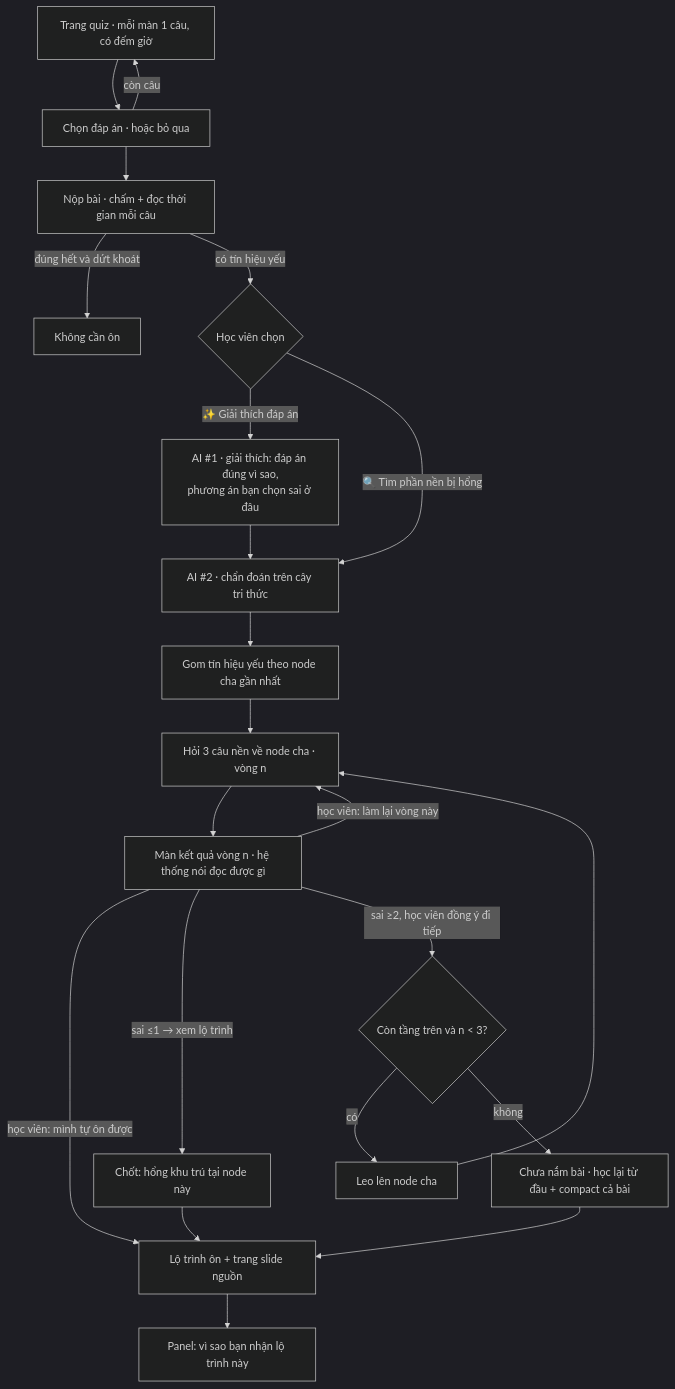
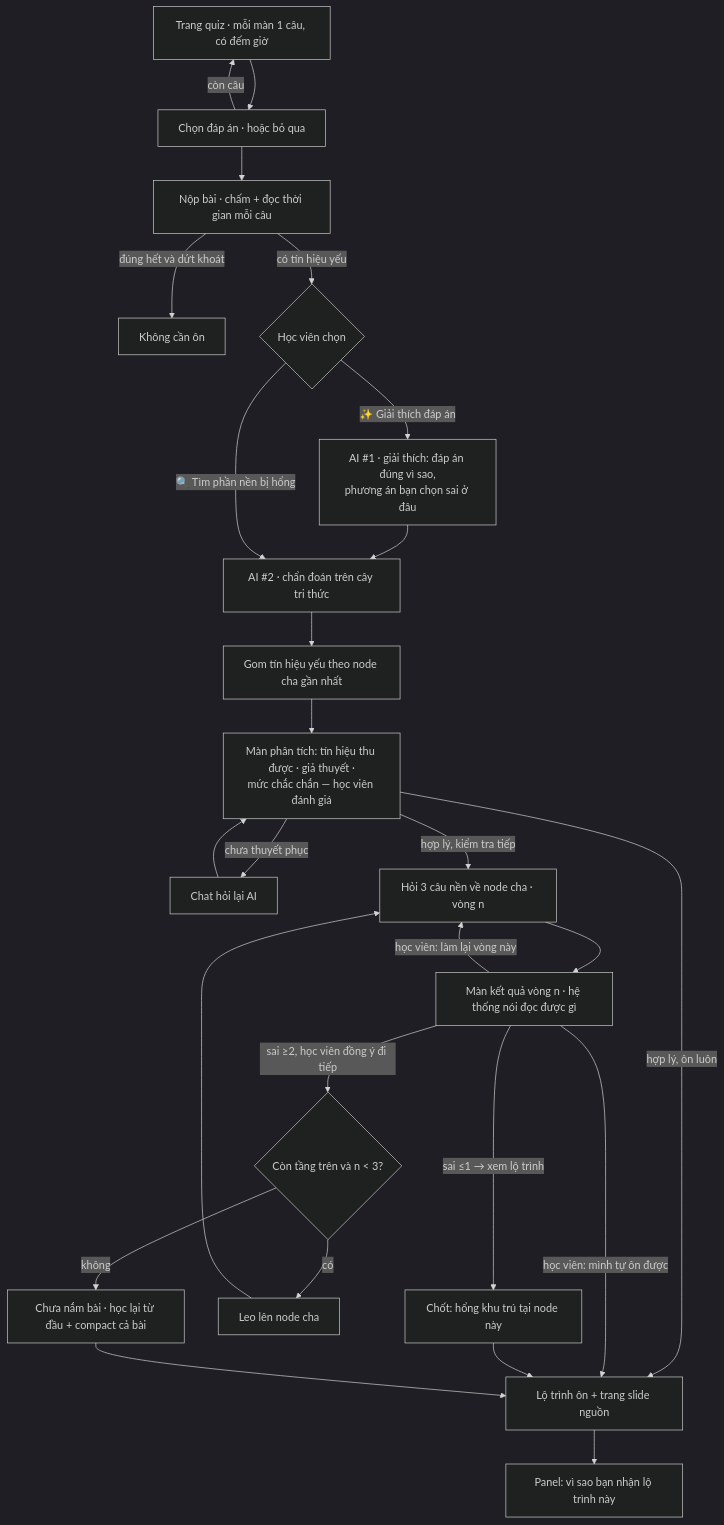
One commit to Le-Anh-Duy/K4-3B-E402-ColdBrew changed the first of 2 diagrams in mockup/flow.md. Above: the diagram before and after it, drawn with Mermaid (dark theme). The commit also changed other lines of this file and 2 other files, not shown here.

First line of the commit message:
Thêm màn AI trình bày giả thuyết + chat hỏi lại trước khi chẩn đoán

````diff
--- a/mockup/flow.md
+++ b/mockup/flow.md
@@ -7,23 +7,26 @@
 ```mermaid
 flowchart TD
   A[Trang quiz · mỗi màn 1 câu, có đếm giờ] --> B[Chọn đáp án · hoặc bỏ qua]
   B -->|còn câu| A
   B --> C[Nộp bài · chấm + đọc thời gian mỗi câu]
   C -->|đúng hết và dứt khoát| Z[Không cần ôn]
   C -->|có tín hiệu yếu| X{Học viên chọn}
   X -->|✨ Giải thích đáp án| Y["AI #1 · giải thích: đáp án đúng vì sao,<br/>phương án bạn chọn sai ở đâu"]
   Y --> D
   X -->|🔍 Tìm phần nền bị hổng| D["AI #2 · chẩn đoán trên cây tri thức"]
   D --> E[Gom tín hiệu yếu theo node cha gần nhất]
-  E --> F[Hỏi 3 câu nền về node cha · vòng n]
+  E --> P["Màn phân tích: tín hiệu thu được · giả thuyết ·<br/>mức chắc chắn — học viên đánh giá"]
+  P -->|chưa thuyết phục| CH[Chat hỏi lại AI] --> P
+  P -->|hợp lý, ôn luôn| K
+  P -->|hợp lý, kiểm tra tiếp| F[Hỏi 3 câu nền về node cha · vòng n]
   F --> R[Màn kết quả vòng n · hệ thống nói đọc được gì]
   R -->|học viên: làm lại vòng này| F
   R -->|học viên: mình tự ôn được| K
   R -->|sai ≤1 → xem lộ trình| G[Chốt: hổng khu trú tại node này]
   R -->|sai ≥2, học viên đồng ý đi tiếp| H{Còn tầng trên và n < 3?}
   H -->|có| I[Leo lên node cha] --> F
   H -->|không| J[Chưa nắm bài · học lại từ đầu + compact cả bài]
   G --> K[Lộ trình ôn + trang slide nguồn]
   J --> K
   K --> L["Panel: vì sao bạn nhận lộ trình này"]
 ```
````
